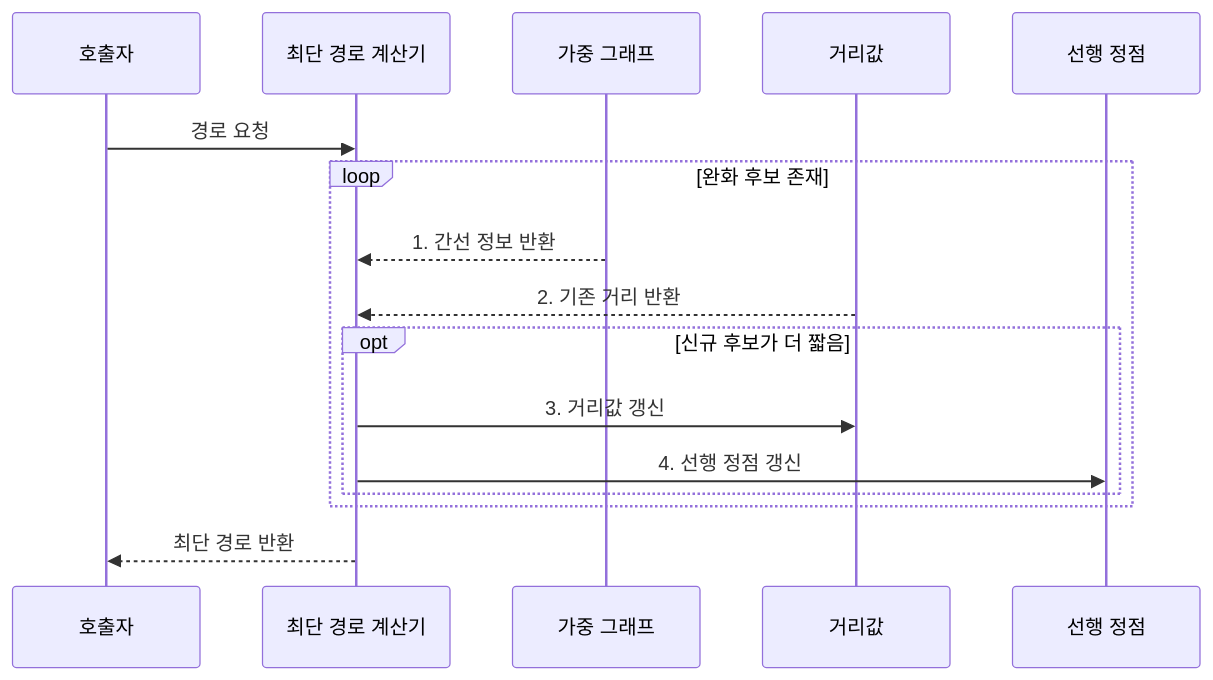
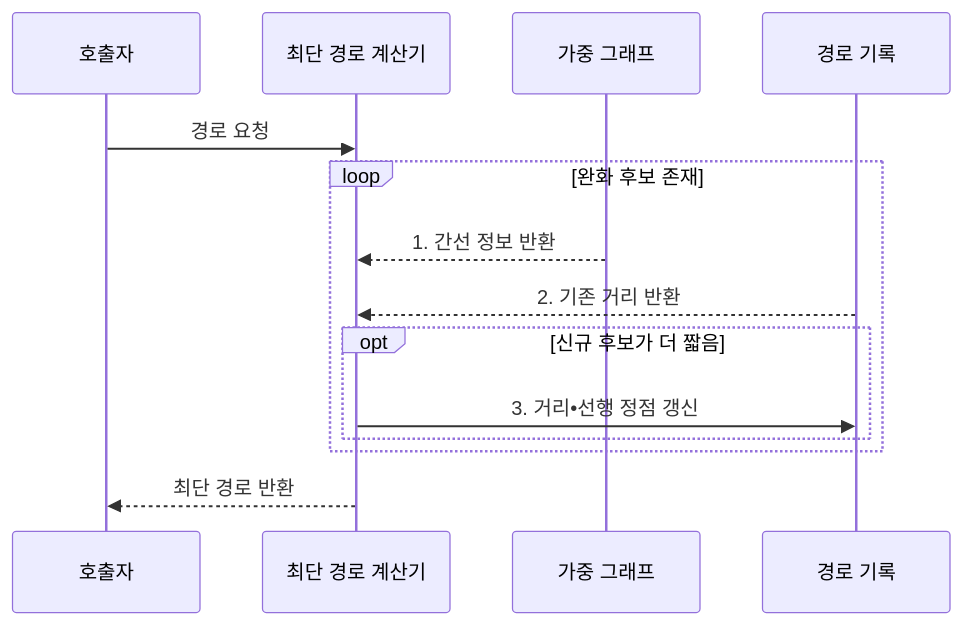
One commit to agnusdei1207/knowledge-base changed the second of 2 diagrams in src/content/docs/notes/01-basic-theory/011_shortest_path.md. Above: the diagram before and after it, drawn with Mermaid. The commit also changed other lines of this file and 4 other files, not shown here.

Commit message:
Simplify core algorithm flow actors

````diff
--- a/src/content/docs/notes/01-basic-theory/011_shortest_path.md
+++ b/src/content/docs/notes/01-basic-theory/011_shortest_path.md
@@ -97,18 +97,16 @@
 ```mermaid
 sequenceDiagram
     participant Q as 호출자
     participant S as 최단 경로 계산기
     participant G as 가중 그래프
-    participant D as 거리값
-    participant R as 선행 정점
+    participant T as 경로 기록
     Q->>S: 경로 요청
     loop 완화 후보 존재
         G-->>S: 1. 간선 정보 반환
-        D-->>S: 2. 기존 거리 반환
+        T-->>S: 2. 기존 거리 반환
         opt 신규 후보가 더 짧음
-            S->>D: 3. 거리값 갱신
-            S->>R: 4. 선행 정점 갱신
+            S->>T: 3. 거리•선행 정점 갱신
         end
     end
     S-->>Q: 최단 경로 반환
 ```
````
